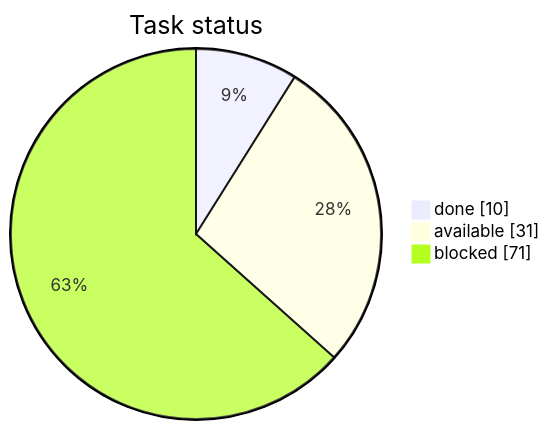
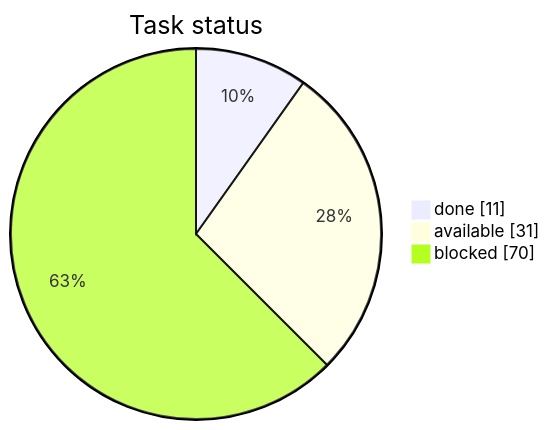
Before and after one commit to artemiiShabanov/RallyRivals: the first of 3 diagrams in STATUS.md, drawn with Mermaid. The commit also changed other lines of this file and 9 other files, not shown here.

````diff
--- a/STATUS.md
+++ b/STATUS.md
@@ -7,7 +7,7 @@
 ```mermaid
 pie showData
     title Task status
-    "done" : 10
+    "done" : 11
     "available" : 31
-    "blocked" : 71
+    "blocked" : 70
 ```
````
